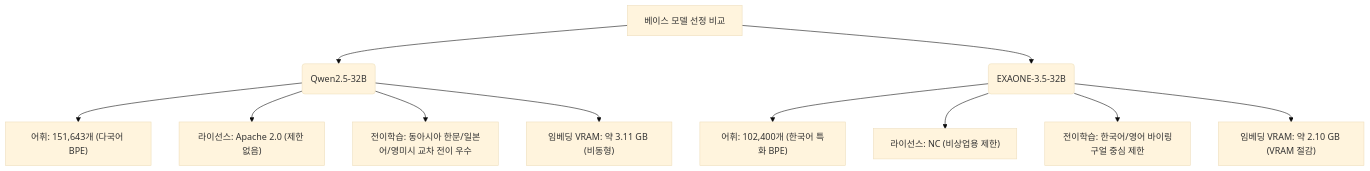
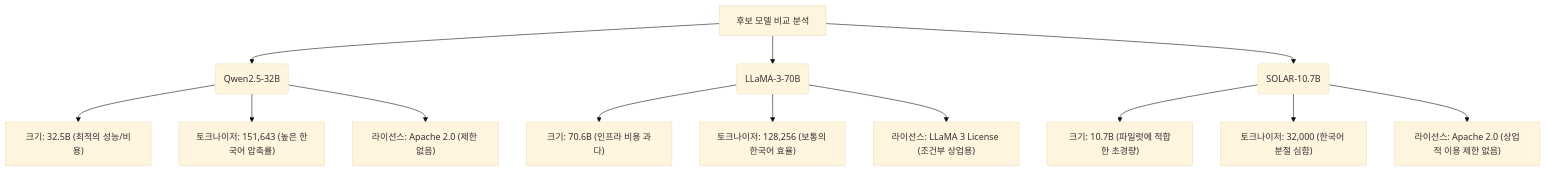
Before and after one commit to YiTanJang/poetry-llm: the diagram in poetry-llm/model/model_selection.md, drawn with Mermaid (base theme). The commit also changed other lines of this file, not shown here.

````diff
--- a/poetry-llm/model/model_selection.md
+++ b/poetry-llm/model/model_selection.md
@@ -56,15 +51,18 @@
 ```mermaid
 graph TD
-    A[베이스 모델 선정 비교] --> B(Qwen2.5-32B)
-    A --> C(EXAONE-3.5-32B)
+    A[후보 모델 비교 분석] --> B(Qwen2.5-32B)
+    A --> C(LLaMA-3-70B)
+    A --> D(SOLAR-10.7B)
     
-    B --> B1["어휘: 151,643개 (다국어 BPE)"]
-    B --> B2["라이선스: Apache 2.0 (제한 없음)"]
-    B --> B3["전이학습: 동아시아 한문/일본어/영미시 교차 전이 우수"]
-    B --> B4["임베딩 VRAM: 약 3.11 GB (비동형)"]
+    B --> B1["크기: 32.5B (최적의 성능/비용)"]
+    B --> B2["토크나이저: 151,643 (높은 한국어 압축률)"]
+    B --> B3["라이선스: Apache 2.0 (제한 없음)"]
     
-    C --> C1["어휘: 102,400개 (한국어 특화 BPE)"]
-    C --> C2["라이선스: NC (비상업용 제한)"]
-    C --> C3["전이학습: 한국어/영어 바이링구얼 중심 제한"]
-    C --> C4["임베딩 VRAM: 약 2.10 GB (VRAM 절감)"]
+    C --> C1["크기: 70.6B (인프라 비용 과다)"]
+    C --> C2["토크나이저: 128,256 (보통의 한국어 효율)"]
+    C --> C3["라이선스: LLaMA 3 License (조건부 상업용)"]
+    
+    D --> D1["크기: 10.7B (파일럿에 적합한 초경량)"]
+    D --> D2["토크나이저: 32,000 (한국어 분절 심함)"]
+    D --> D3["라이선스: Apache 2.0 (상업적 이용 제한 없음)"]
 ```
````
